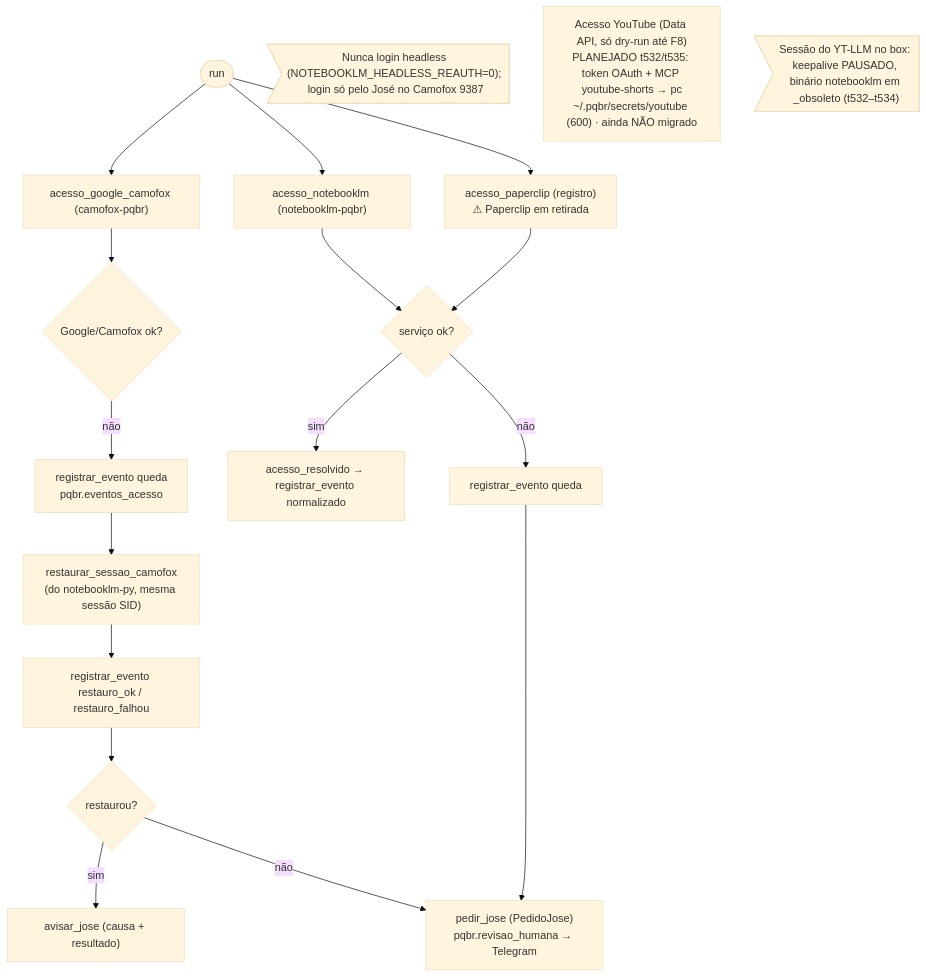
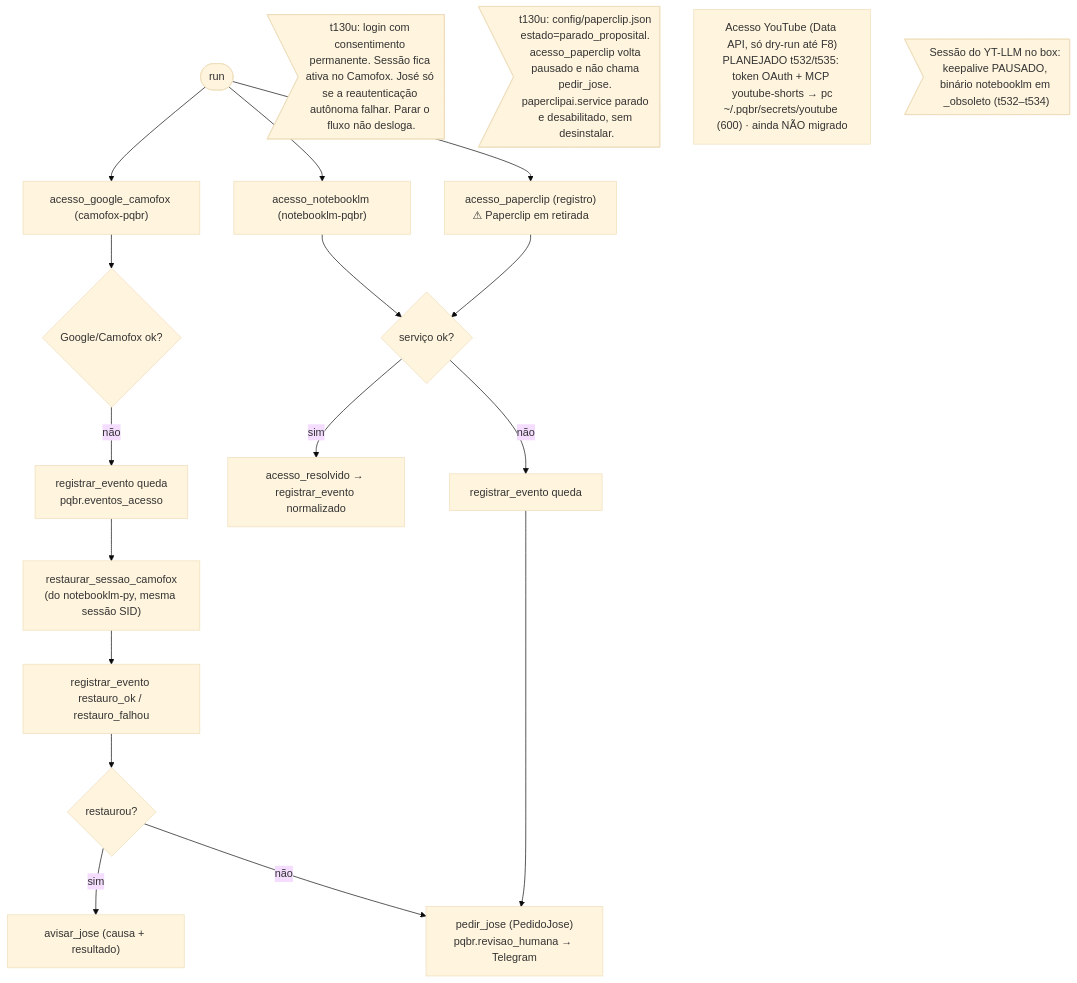
Before and after one commit to jvmendesjr/PQBR: the diagram in docs/mapa/03-acessos.mmd, drawn with Mermaid (base theme). The commit also changed 22 other files, not shown here.

First line of the commit message:
fluxo: storyboard no episódio e NotebookLM sem vídeo (t130u)

```diff
--- a/docs/mapa/03-acessos.mmd
+++ b/docs/mapa/03-acessos.mmd
@@ -1,16 +1,17 @@
 %% AcessosWorkflow (src/pqbr/workflows/acesso.py) — Schedule de hora em hora (hh:10). Gerado do código 24/10/2026.
 flowchart TD
   S(["run"]) --> A1["acesso_google_camofox (camofox-pqbr)"] & A2["acesso_notebooklm (notebooklm-pqbr)"] & A3["acesso_paperclip (registro)<br/>⚠ Paperclip em retirada"]
   A1 --> D1{"Google/Camofox ok?"}
   D1 -- não --> R1["registrar_evento queda<br/>pqbr.eventos_acesso"]
   R1 --> R2["restaurar_sessao_camofox<br/>(do notebooklm-py, mesma sessão SID)"]
   R2 --> R3["registrar_evento restauro_ok / restauro_falhou"]
   R3 --> D2{"restaurou?"}
   D2 -- sim --> AV["avisar_jose (causa + resultado)"]
   D2 -- não --> PJ
   A2 & A3 --> D3{"serviço ok?"}
   D3 -- sim --> RS["acesso_resolvido → registrar_evento normalizado"]
   D3 -- não --> RQ["registrar_evento queda"] --> PJ["pedir_jose (PedidoJose)<br/>pqbr.revisao_humana → Telegram"]
-  N>"Nunca login headless (NOTEBOOKLM_HEADLESS_REAUTH=0); login só pelo José no Camofox 9387"]
+  N>"t130u: login com consentimento permanente. Sessão fica ativa no Camofox. José só se a reautenticação autônoma falhar. Parar o fluxo não desloga."]
+  N3>"t130u: config/paperclip.json estado=parado_proposital. acesso_paperclip volta pausado e não chama pedir_jose. paperclipai.service parado e desabilitado, sem desinstalar."]
   YT["Acesso YouTube (Data API, só dry-run até F8)<br/>PLANEJADO t532/t535: token OAuth + MCP youtube-shorts → pc<br/>~/.pqbr/secrets/youtube (600) · ainda NÃO migrado"]
   N2>"Sessão do YT-LLM no box: keepalive PAUSADO, binário notebooklm em _obsoleto (t532–t534)"]
```
